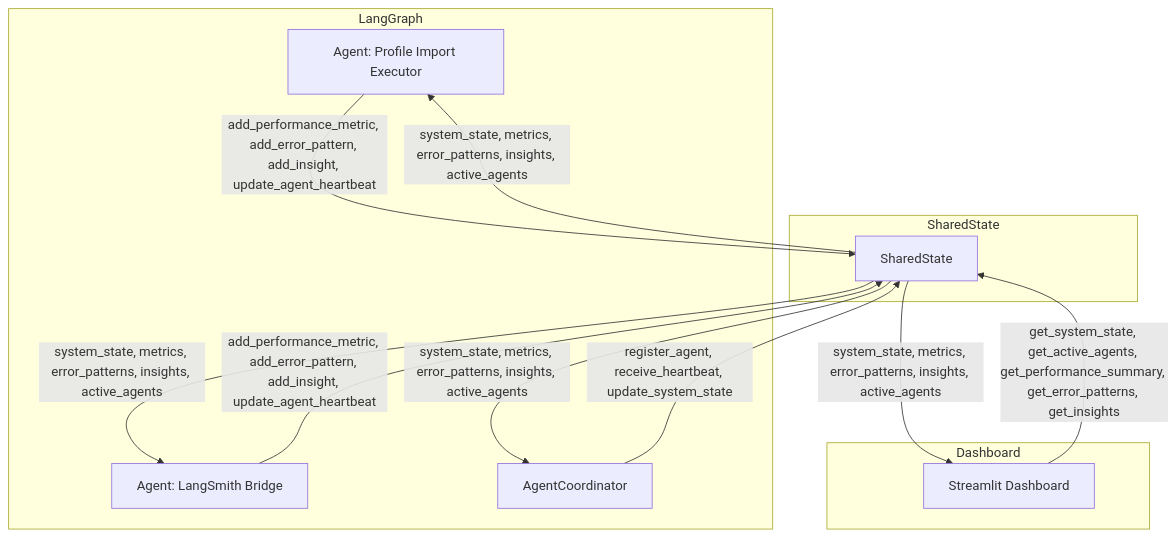
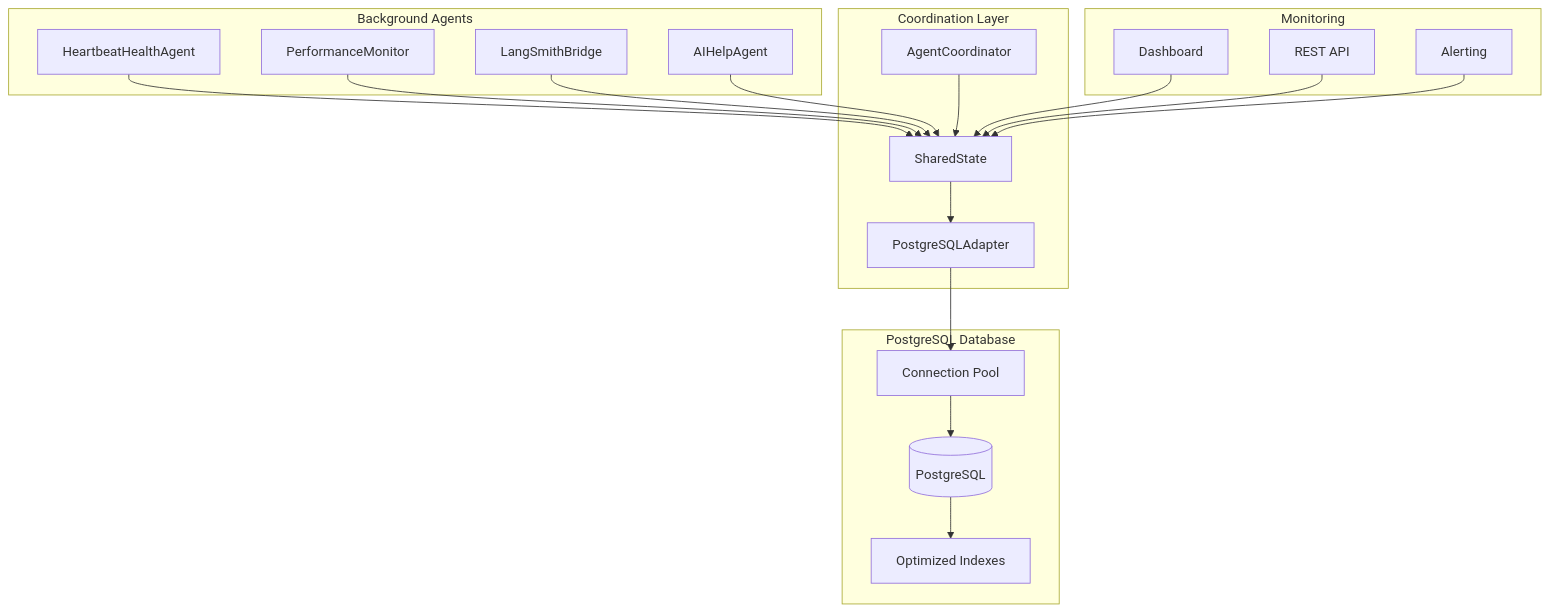
The first of 4 diagrams in shared_state.md (Kausiukas/System-Reference), drawn with Mermaid before and after one commit. The commit also changed other lines of this file, not shown here.

````diff
--- a/shared_state.md
+++ b/shared_state.md
@@ -91,22 +116,43 @@
 ```mermaid
-graph TD
-    subgraph LangGraph
-        AG1[Agent: Profile Import Executor]
-        AG2[Agent: LangSmith Bridge]
-        COORD[AgentCoordinator]
+flowchart TD
+    subgraph PostgreSQL Database
+        PG[(PostgreSQL)]
+        CP[Connection Pool]
+        IDX[Optimized Indexes]
     end
-    subgraph SharedState
+    
+    subgraph Background Agents
+        HB[HeartbeatHealthAgent]
+        PM[PerformanceMonitor]
+        LB[LangSmithBridge]
+        AI[AIHelpAgent]
+    end
+    
+    subgraph Coordination Layer
         SS[SharedState]
+        PA[PostgreSQLAdapter]
+        AC[AgentCoordinator]
     end
-    subgraph Dashboard
-        DASH[Streamlit Dashboard]
+    
+    subgraph Monitoring
+        DB[Dashboard]
+        API[REST API]
+        ALT[Alerting]
     end
-    AG1 -- add_performance_metric, add_error_pattern, add_insight, update_agent_heartbeat --> SS
-    AG2 -- add_performance_metric, add_error_pattern, add_insight, update_agent_heartbeat --> SS
-    COORD -- register_agent, receive_heartbeat, update_system_state --> SS
-    DASH -- get_system_state, get_active_agents, get_performance_summary, get_error_patterns, get_insights --> SS
-    SS -- system_state, metrics, error_patterns, insights, active_agents --> DASH
-    SS -- system_state, metrics, error_patterns, insights, active_agents --> COORD
-    SS -- system_state, metrics, error_patterns, insights, active_agents --> AG1
-    SS -- system_state, metrics, error_patterns, insights, active_agents --> AG2
+    
+    HB --> SS
+    PM --> SS
+    LB --> SS
+    AI --> SS
+    
+    SS --> PA
+    PA --> CP
+    CP --> PG
+    
+    AC --> SS
+    DB --> SS
+    API --> SS
+    ALT --> SS
+    
+    PG --> IDX
 ```
````
